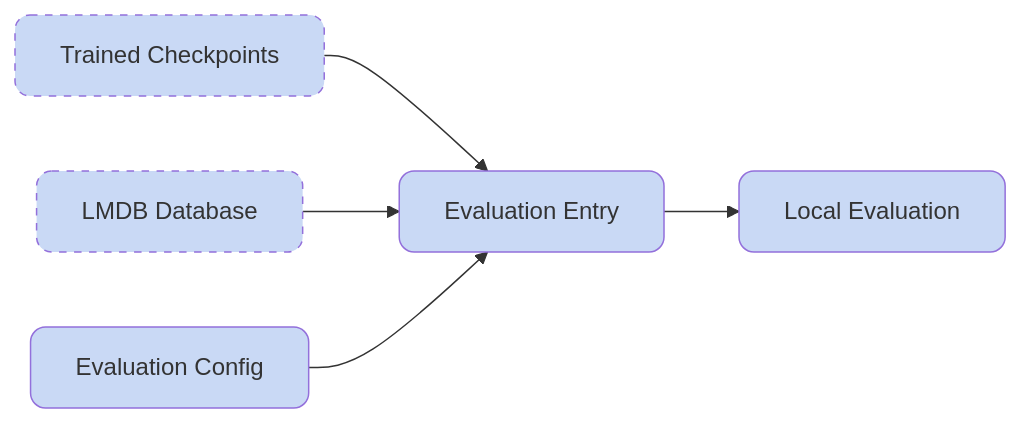
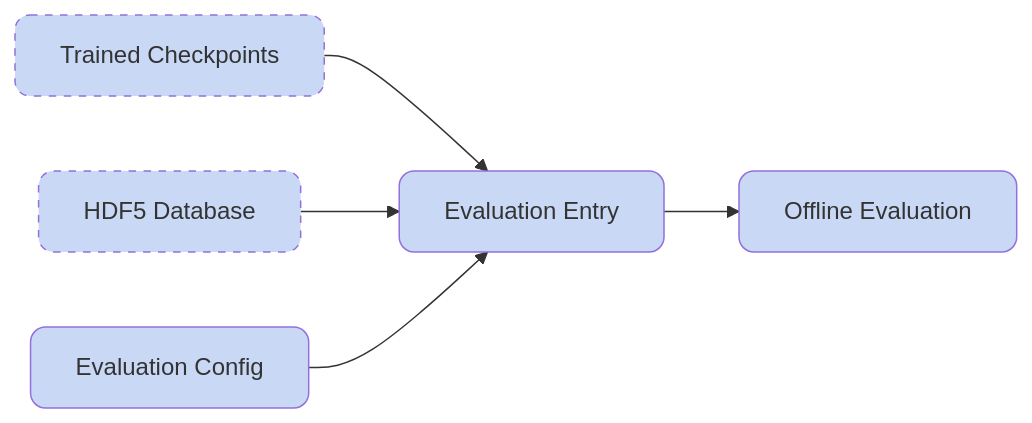
Before and after one commit to HorizonRobotics/HoloMotion: the diagram in docs/evaluate_motion_tracking.md, drawn with Mermaid. The commit also changed other lines of this file and 248 other files, not shown here.

````diff
--- a/docs/evaluate_motion_tracking.md
+++ b/docs/evaluate_motion_tracking.md
@@ -7,18 +7,18 @@
 ```mermaid
 flowchart LR
 A[Trained Checkpoints]
-B[LMDB Database]
+B[HDF5 Database]
 C[Evaluation Config]
 D[Evaluation Entry]
-E[Local Evaluation]
+E[Offline Evaluation]
 
 A --> D
 B --> D
 C --> D
 D --> E
 
 classDef dashed stroke-dasharray: 5 5, rx:10, ry:10, fill:#c9d9f5
 classDef normal fill:#c9d9f5, rx:10, ry:10
 class A,B dashed
 class C,D,E normal
 ```
````
